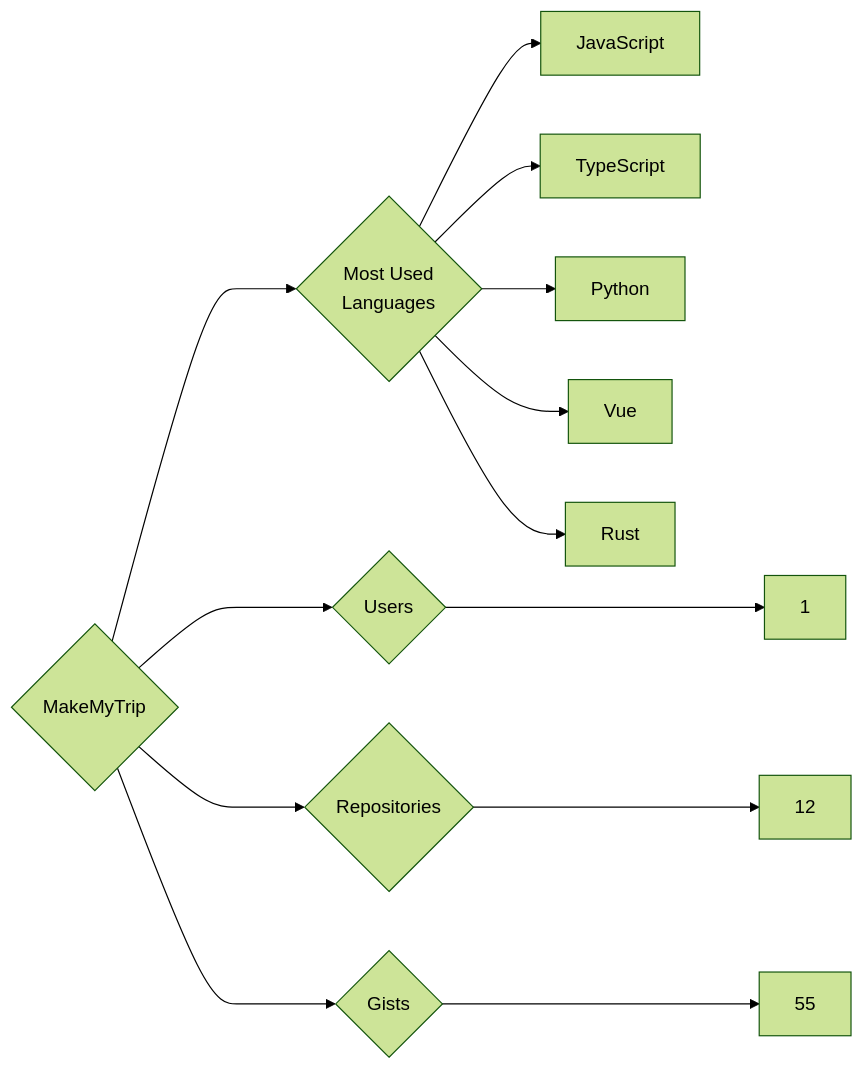
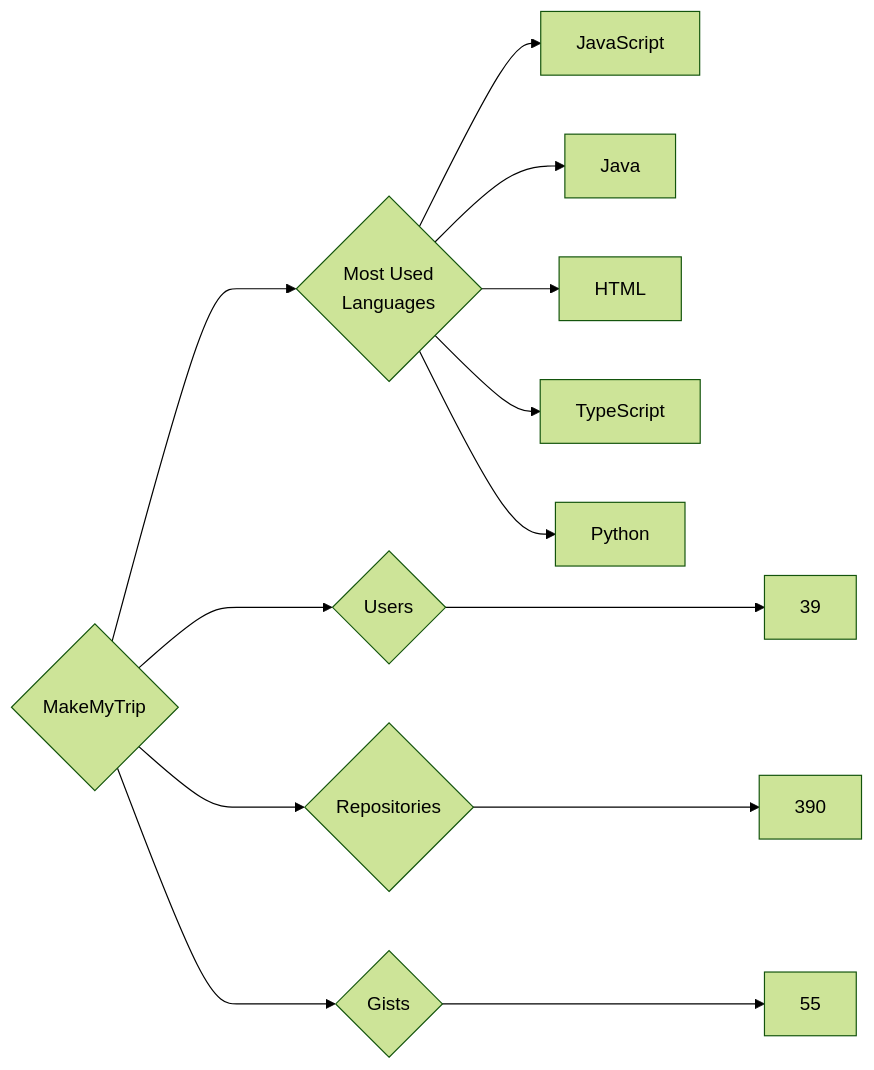
Before and after one commit to trickest/insiders: the diagram in targets/MakeMyTrip/README.md, drawn with Mermaid (forest theme). The commit also changed 748 other files, not shown here.

````diff
--- a/targets/MakeMyTrip/README.md
+++ b/targets/MakeMyTrip/README.md
@@ -3,13 +3,13 @@
 ```mermaid
 graph LR
 COMPANY_NAME{MakeMyTrip}
-COMPANY_NAME ---> U{Users} ---> UN[1]
-COMPANY_NAME ---> R{Repositories} ---> RN[12]
+COMPANY_NAME ---> U{Users} ---> UN[39]
+COMPANY_NAME ---> R{Repositories} ---> RN[390]
 COMPANY_NAME ---> G{Gists} ---> GN[55]
 COMPANY_NAME ---> ML{Most Used<br>Languages}
 ML --> JavaScript[JavaScript]
+ML --> Java[Java]
+ML --> HTML[HTML]
 ML --> TypeScript[TypeScript]
 ML --> Python[Python]
-ML --> Vue[Vue]
-ML --> Rust[Rust]
 ```
````
